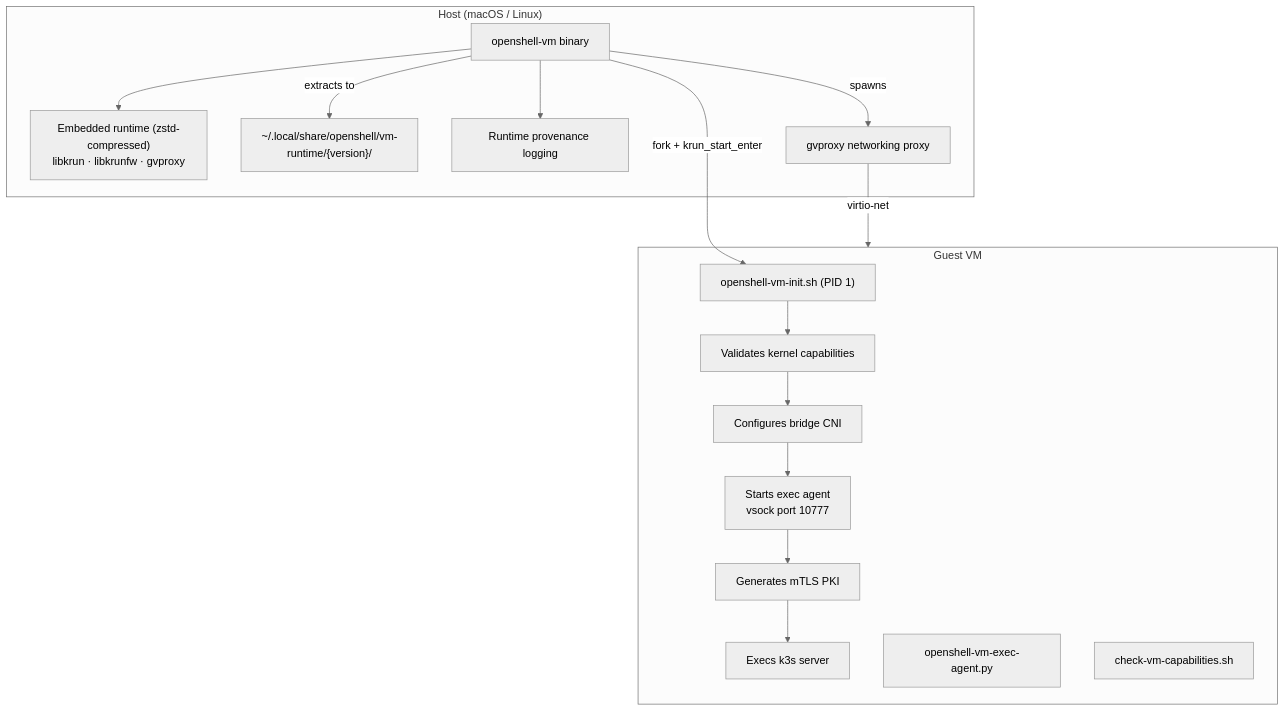
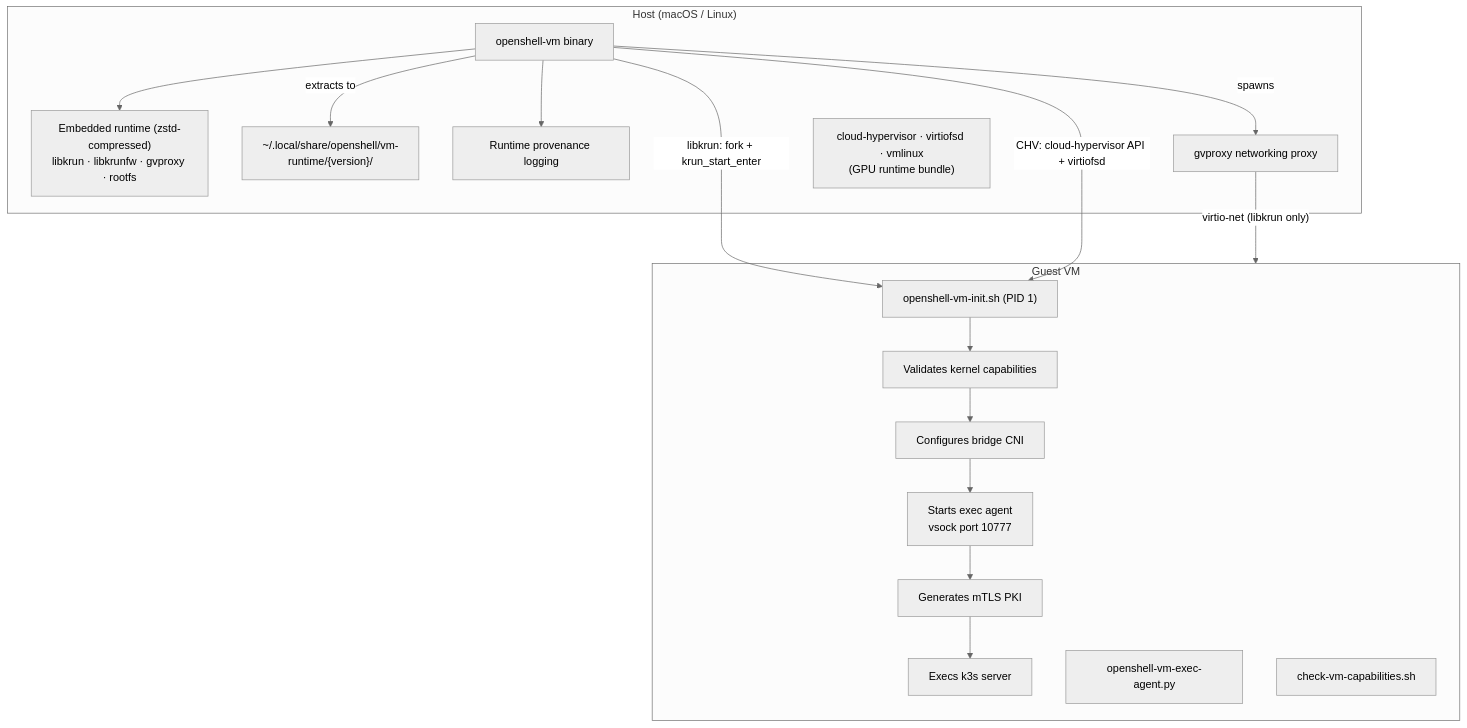
One commit to NVIDIA/OpenShell changed the first of 3 diagrams in architecture/custom-vm-runtime.md. Above: the diagram before and after it, drawn with Mermaid (neutral theme). The commit also changed other lines of this file and 32 other files, not shown here.

Commit message:
feat(vm): add GPU passthrough with cloud-hypervisor backend and nvidia unbind hardening

````diff
--- a/architecture/custom-vm-runtime.md
+++ b/architecture/custom-vm-runtime.md
@@ -19,31 +32,33 @@
 ```mermaid
 graph TD
     subgraph Host["Host (macOS / Linux)"]
         BIN[openshell-vm binary]
-        EMB["Embedded runtime (zstd-compressed)\nlibkrun · libkrunfw · gvproxy"]
+        EMB["Embedded runtime (zstd-compressed)\nlibkrun · libkrunfw · gvproxy · rootfs"]
         CACHE["~/.local/share/openshell/vm-runtime/{version}/"]
         PROV[Runtime provenance logging]
         GVP[gvproxy networking proxy]
+        CHV_BIN["cloud-hypervisor · virtiofsd · vmlinux\n(GPU runtime bundle)"]
 
         BIN --> EMB
         BIN -->|extracts to| CACHE
         BIN --> PROV
         BIN -->|spawns| GVP
     end
 
     subgraph Guest["Guest VM"]
         INIT["openshell-vm-init.sh (PID 1)"]
         VAL[Validates kernel capabilities]
         CNI[Configures bridge CNI]
         EXECA["Starts exec agent\nvsock port 10777"]
         PKI[Generates mTLS PKI]
         K3S[Execs k3s server]
         EXECPY["openshell-vm-exec-agent.py"]
         CHK["check-vm-capabilities.sh"]
 
         INIT --> VAL --> CNI --> EXECA --> PKI --> K3S
     end
 
-    BIN -- "fork + krun_start_enter" --> INIT
-    GVP -- "virtio-net" --> Guest
+    BIN -- "libkrun: fork + krun_start_enter" --> INIT
+    BIN -- "CHV: cloud-hypervisor API + virtiofsd" --> INIT
+    GVP -- "virtio-net (libkrun only)" --> Guest
 ```
````
